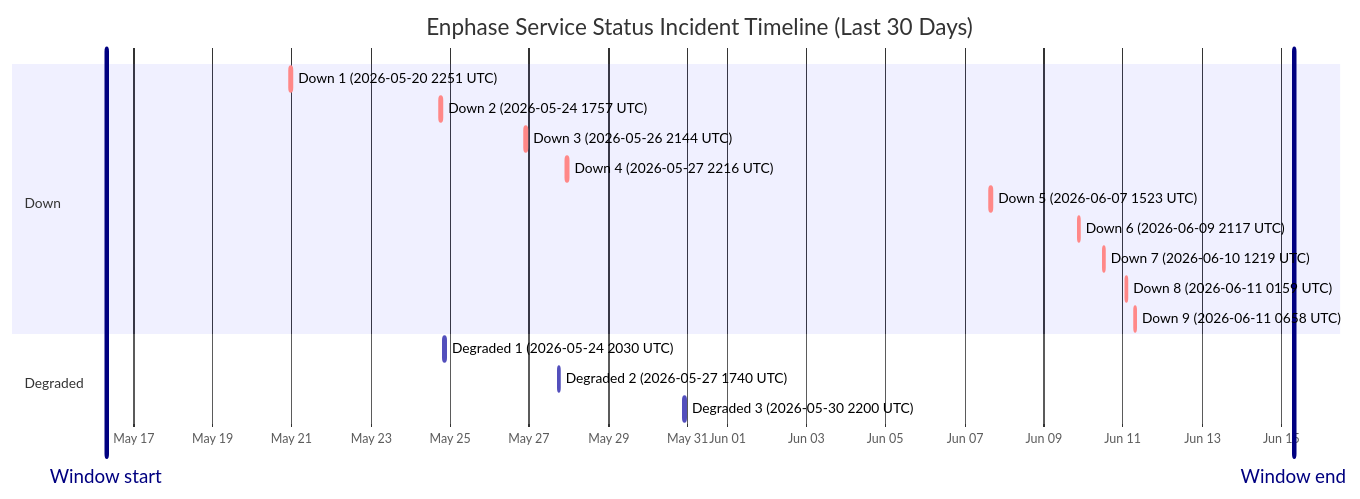
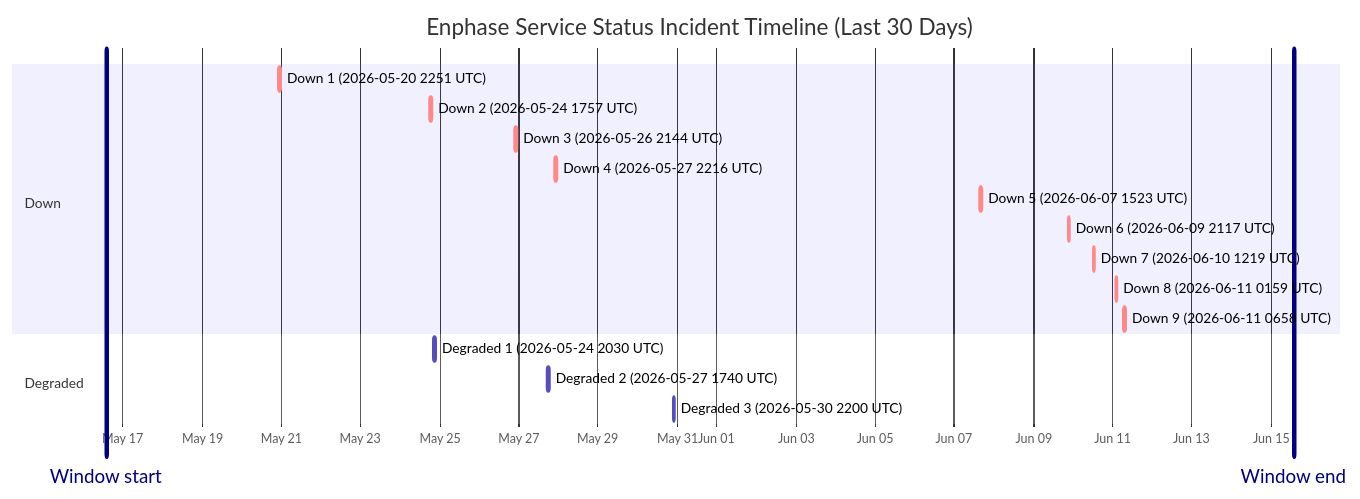
One commit to barneyonline/ha-enphase-energy changed the diagram in wiki/Service-Status-History.md. Above: the diagram before and after it, drawn with Mermaid. The commit also changed other lines of this file and 3 other files, not shown here.

````diff
--- a/wiki/Service-Status-History.md
+++ b/wiki/Service-Status-History.md
@@ -14,22 +14,22 @@
 ```mermaid
 gantt
     title Enphase Service Status Incident Timeline (Last 30 Days)
     dateFormat  YYYY-MM-DDTHH:mm:ss
     axisFormat  %b %d
-    Window start :vert, window-start, 2026-05-16T07:30:55, 0ms
-    Window end :vert, window-end, 2026-06-15T07:30:55, 0ms
+    Window start :vert, window-start, 2026-05-16T13:53:54, 0ms
+    Window end :vert, window-end, 2026-06-15T13:53:54, 0ms
     section Down
     Down 1 (2026-05-20 2251 UTC) :crit, down-1, 2026-05-20T22:51:14, 75m
     Down 2 (2026-05-24 1757 UTC) :crit, down-2, 2026-05-24T17:57:41, 86m
     Down 3 (2026-05-26 2144 UTC) :crit, down-3, 2026-05-26T21:44:11, 85m
     Down 4 (2026-05-27 2216 UTC) :crit, down-4, 2026-05-27T22:16:53, 87m
     Down 5 (2026-06-07 1523 UTC) :crit, down-5, 2026-06-07T15:23:22, 87m
     Down 6 (2026-06-09 2117 UTC) :crit, down-6, 2026-06-09T21:17:17, 60m
     Down 7 (2026-06-10 1219 UTC) :crit, down-7, 2026-06-10T12:19:21, 60m
     Down 8 (2026-06-11 0159 UTC) :crit, down-8, 2026-06-11T01:59:36, 60m
     Down 9 (2026-06-11 0658 UTC) :crit, down-9, 2026-06-11T06:58:45, 60m
     section Degraded
     Degraded 1 (2026-05-24 2030 UTC) :active, degraded-1, 2026-05-24T20:30:57, 84m
     Degraded 2 (2026-05-27 1740 UTC) :active, degraded-2, 2026-05-27T17:40:52, 60m
     Degraded 3 (2026-05-30 2200 UTC) :active, degraded-3, 2026-05-30T22:00:37, 60m
 ```
````
